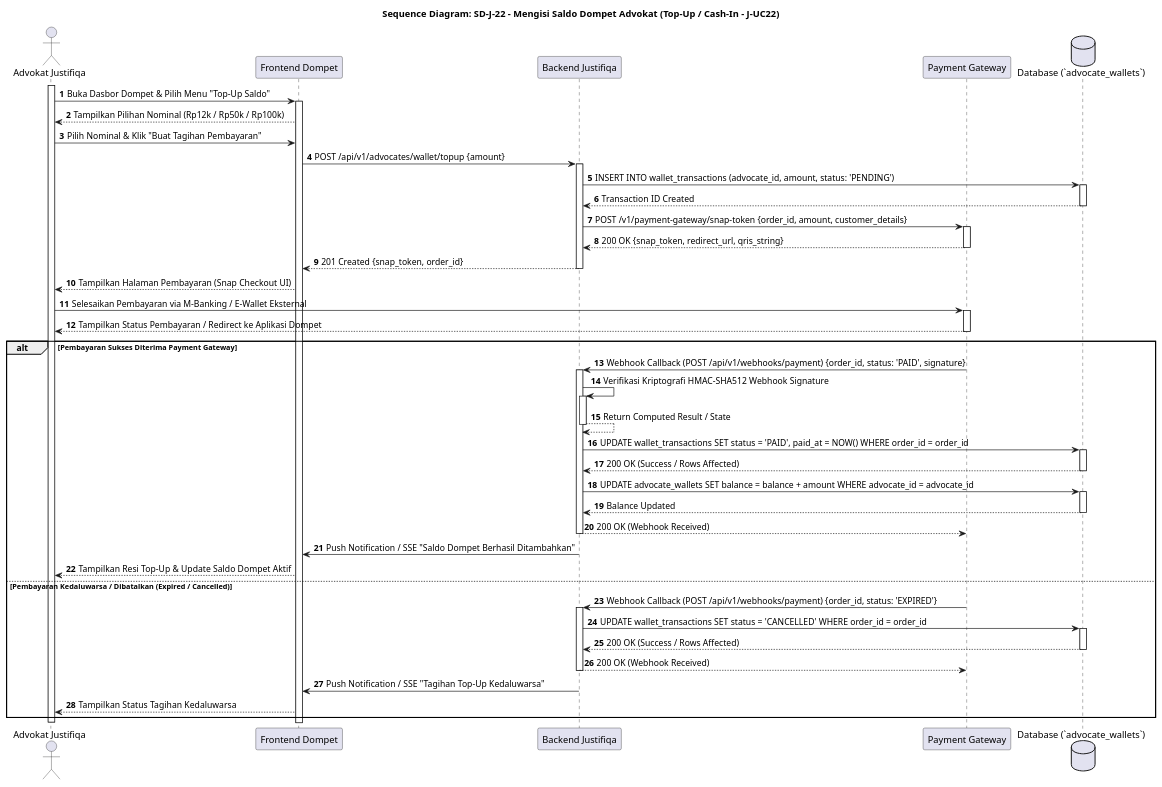
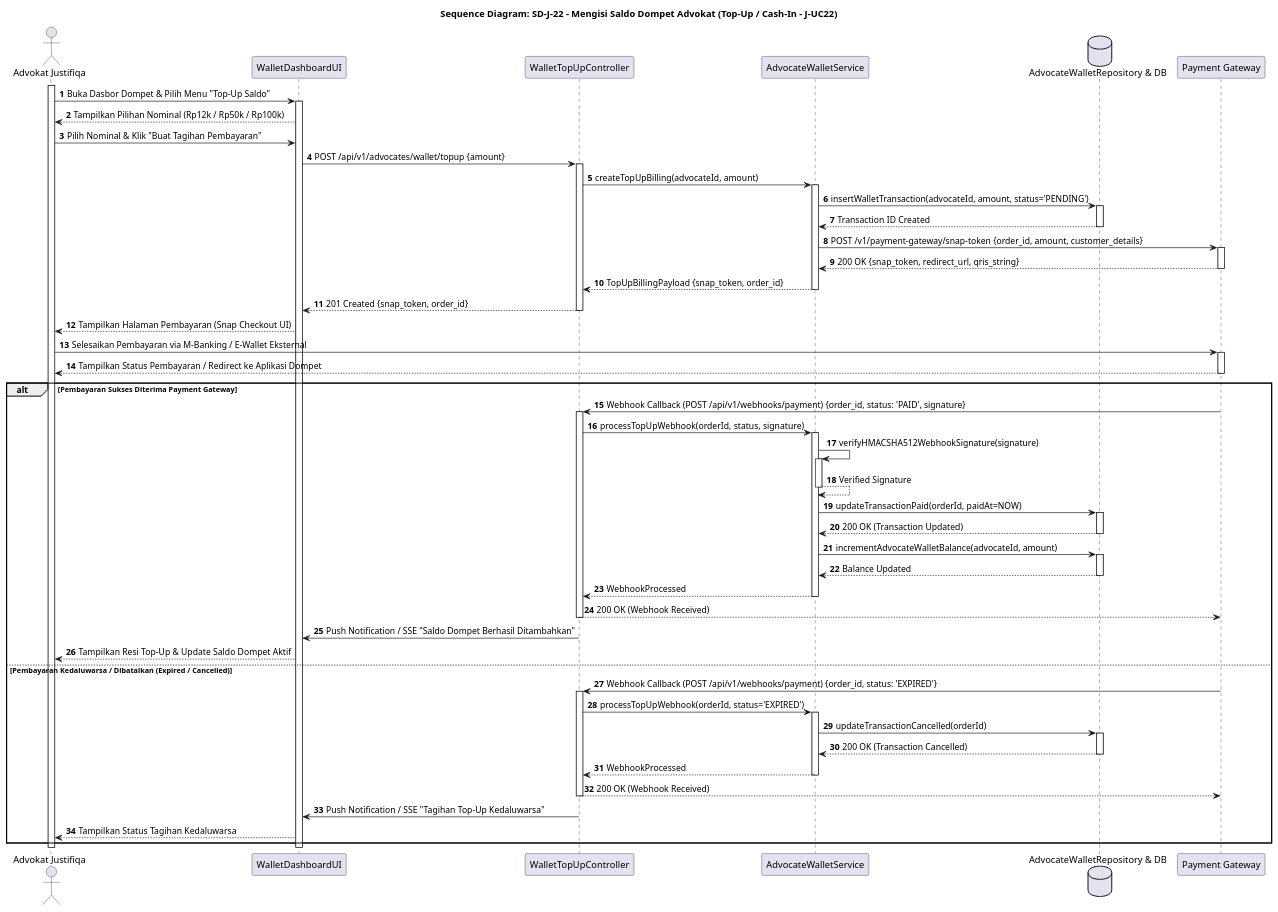
Diagram 15 of 28 in MarkDown/plantuml_sequence_diagrams.md (tupperwureism/SuperApp-Gagal), drawn with PlantUML before and after one commit. The commit also changed other lines of this file, not shown here.

Commit message:
refactor(uml): normalize Batch 3 sequence diagrams SD-J-11 to SD-J-20 to 5-lifeline BCE and zero-stacking activations

````diff
--- a/MarkDown/plantuml_sequence_diagrams.md
+++ b/MarkDown/plantuml_sequence_diagrams.md
@@ -1609,50 +1670,72 @@
 ```plantuml
 @startuml
 title Sequence Diagram: SD-J-22 - Mengisi Saldo Dompet Advokat (Top-Up / Cash-In - J-UC22)
 autonumber
 actor "Advokat Justifiqa" as Mitra
-participant "Frontend Dompet" as FE
-participant "Backend Justifiqa" as BE
+participant "WalletDashboardUI" as FE
+participant "WalletTopUpController" as CTRL
+participant "AdvocateWalletService" as SVC
+database "AdvocateWalletRepository & DB" as REPO
 participant "Payment Gateway" as PG
-database "Database (`advocate_wallets`)" as DB
 
 activate Mitra
 Mitra -> FE ++ : Buka Dasbor Dompet & Pilih Menu "Top-Up Saldo"
 FE --> Mitra : Tampilkan Pilihan Nominal (Rp12k / Rp50k / Rp100k)
 Mitra -> FE : Pilih Nominal & Klik "Buat Tagihan Pembayaran"
-FE -> BE ++ : POST /api/v1/advocates/wallet/topup {amount}
+FE -> CTRL ++ : POST /api/v1/advocates/wallet/topup {amount}
+CTRL -> SVC ++ : createTopUpBilling(advocateId, amount)
 
-BE -> DB ++ : INSERT INTO wallet_transactions (advocate_id, amount, status: 'PENDING')
-DB --> BE -- : Transaction ID Created
-BE -> PG ++ : POST /v1/payment-gateway/snap-token {order_id, amount, customer_details}
-PG --> BE -- : 200 OK {snap_token, redirect_url, qris_string}
-BE --> FE -- : 201 Created {snap_token, order_id}
+SVC -> REPO : insertWalletTransaction(advocateId, amount, status='PENDING')
+activate REPO
+REPO --> SVC : Transaction ID Created
+deactivate REPO
+SVC -> PG ++ : POST /v1/payment-gateway/snap-token {order_id, amount, customer_details}
+PG --> SVC -- : 200 OK {snap_token, redirect_url, qris_string}
+SVC --> CTRL : TopUpBillingPayload {snap_token, order_id}
+deactivate SVC
+CTRL --> FE : 201 Created {snap_token, order_id}
+deactivate CTRL
 FE --> Mitra : Tampilkan Halaman Pembayaran (Snap Checkout UI)
 
 Mitra -> PG ++ : Selesaikan Pembayaran via M-Banking / E-Wallet Eksternal
 PG --> Mitra -- : Tampilkan Status Pembayaran / Redirect ke Aplikasi Dompet
 
 alt Pembayaran Sukses Diterima Payment Gateway
-    PG -> BE ++ : Webhook Callback (POST /api/v1/webhooks/payment) {order_id, status: 'PAID', signature}
-    BE -> BE ++ : Verifikasi Kriptografi HMAC-SHA512 Webhook Signature
-    BE --> BE -- : Return Computed Result / State
-    BE -> DB ++ : UPDATE wallet_transactions SET status = 'PAID', paid_at = NOW() WHERE order_id = order_id
-    DB --> BE -- : 200 OK (Success / Rows Affected)
-    BE -> DB ++ : UPDATE advocate_wallets SET balance = balance + amount WHERE advocate_id = advocate_id
-    DB --> BE -- : Balance Updated
-    BE --> PG -- : 200 OK (Webhook Received)
+    PG -> CTRL ++ : Webhook Callback (POST /api/v1/webhooks/payment) {order_id, status: 'PAID', signature}
+    CTRL -> SVC ++ : processTopUpWebhook(orderId, status, signature)
+    SVC -> SVC ++ : verifyHMACSHA512WebhookSignature(signature)
+    SVC --> SVC -- : Verified Signature
+    SVC -> REPO : updateTransactionPaid(orderId, paidAt=NOW)
+    activate REPO
+    REPO --> SVC : 200 OK (Transaction Updated)
+    deactivate REPO
+    SVC -> REPO : incrementAdvocateWalletBalance(advocateId, amount)
+    activate REPO
+    REPO --> SVC : Balance Updated
+    deactivate REPO
+    SVC --> CTRL : WebhookProcessed
+    deactivate SVC
+    CTRL --> PG : 200 OK (Webhook Received)
+    deactivate CTRL
     
-    BE -> FE : Push Notification / SSE "Saldo Dompet Berhasil Ditambahkan"
+    CTRL -> FE : Push Notification / SSE "Saldo Dompet Berhasil Ditambahkan"
     FE --> Mitra : Tampilkan Resi Top-Up & Update Saldo Dompet Aktif
 else Pembayaran Kedaluwarsa / Dibatalkan (Expired / Cancelled)
-    PG -> BE ++ : Webhook Callback (POST /api/v1/webhooks/payment) {order_id, status: 'EXPIRED'}
-    BE -> DB ++ : UPDATE wallet_transactions SET status = 'CANCELLED' WHERE order_id = order_id
-    DB --> BE -- : 200 OK (Success / Rows Affected)
-    BE --> PG -- : 200 OK (Webhook Received)
+    PG -> CTRL ++ : Webhook Callback (POST /api/v1/webhooks/payment) {order_id, status: 'EXPIRED'}
+    CTRL -> SVC ++ : processTopUpWebhook(orderId, status='EXPIRED')
+    SVC -> REPO : updateTransactionCancelled(orderId)
+    activate REPO
+    REPO --> SVC : 200 OK (Transaction Cancelled)
+    deactivate REPO
+    SVC --> CTRL : WebhookProcessed
+    deactivate SVC
+    CTRL --> PG : 200 OK (Webhook Received)
+    deactivate CTRL
     
-    BE -> FE : Push Notification / SSE "Tagihan Top-Up Kedaluwarsa"
+    CTRL -> FE : Push Notification / SSE "Tagihan Top-Up Kedaluwarsa"
     FE --> Mitra : Tampilkan Status Tagihan Kedaluwarsa
 end
+deactivate FE
 deactivate Mitra
 @enduml
 ```
````
